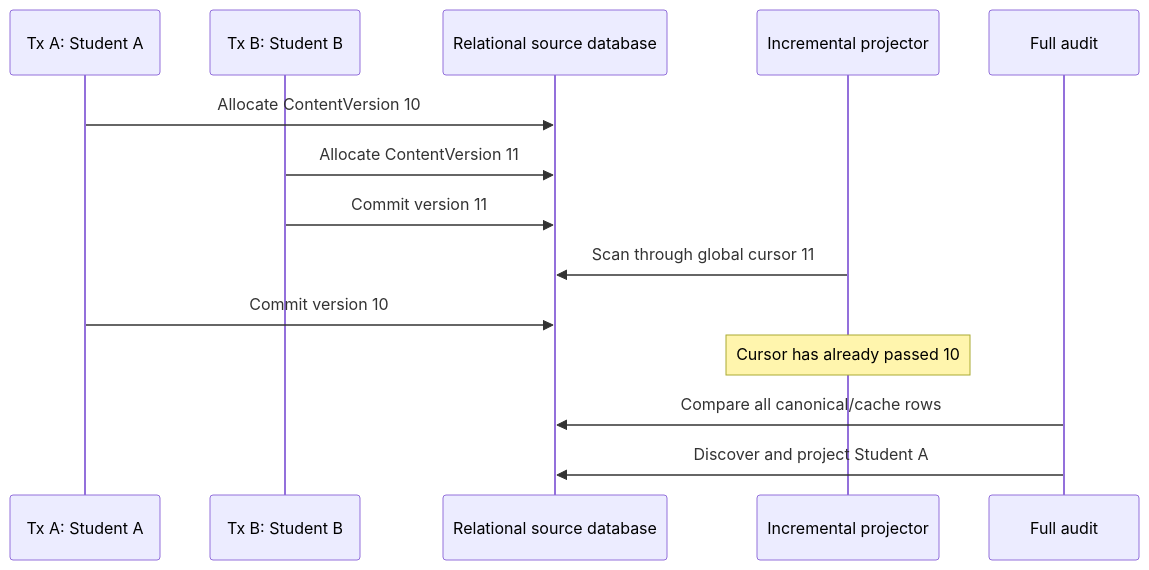
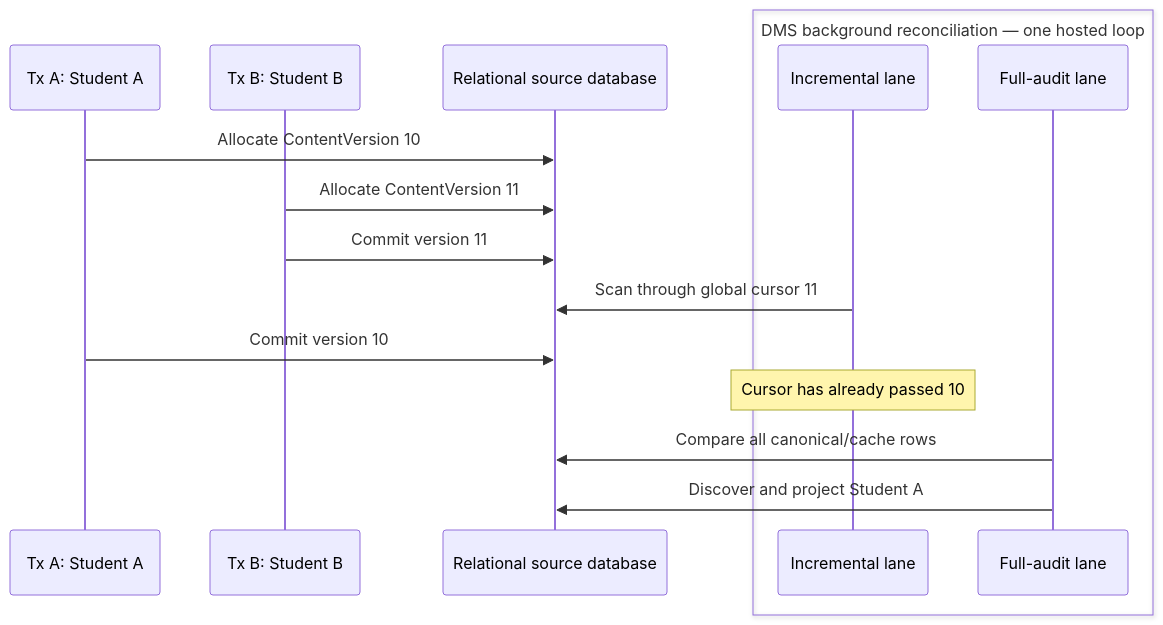
Before and after one commit to Ed-Fi-Alliance-OSS/Data-Management-Service: the third of 10 diagrams in PRESENTATION.md, drawn with Mermaid.

````diff
--- a/PRESENTATION.md
+++ b/PRESENTATION.md
@@ -182,17 +182,20 @@
 ```mermaid
 sequenceDiagram
     participant A as Tx A: Student A
     participant B as Tx B: Student B
     participant DB as Relational source database
-    participant P as Incremental projector
-    participant F as Full audit
+
+    box DMS background reconciliation — one hosted loop
+        participant I as Incremental lane
+        participant F as Full-audit lane
+    end
 
     A->>DB: Allocate ContentVersion 10
     B->>DB: Allocate ContentVersion 11
     B->>DB: Commit version 11
-    P->>DB: Scan through global cursor 11
+    I->>DB: Scan through global cursor 11
     A->>DB: Commit version 10
-    Note over P: Cursor has already passed 10
+    Note over I: Cursor has already passed 10
     F->>DB: Compare all canonical/cache rows
     F->>DB: Discover and project Student A
 ```
````
